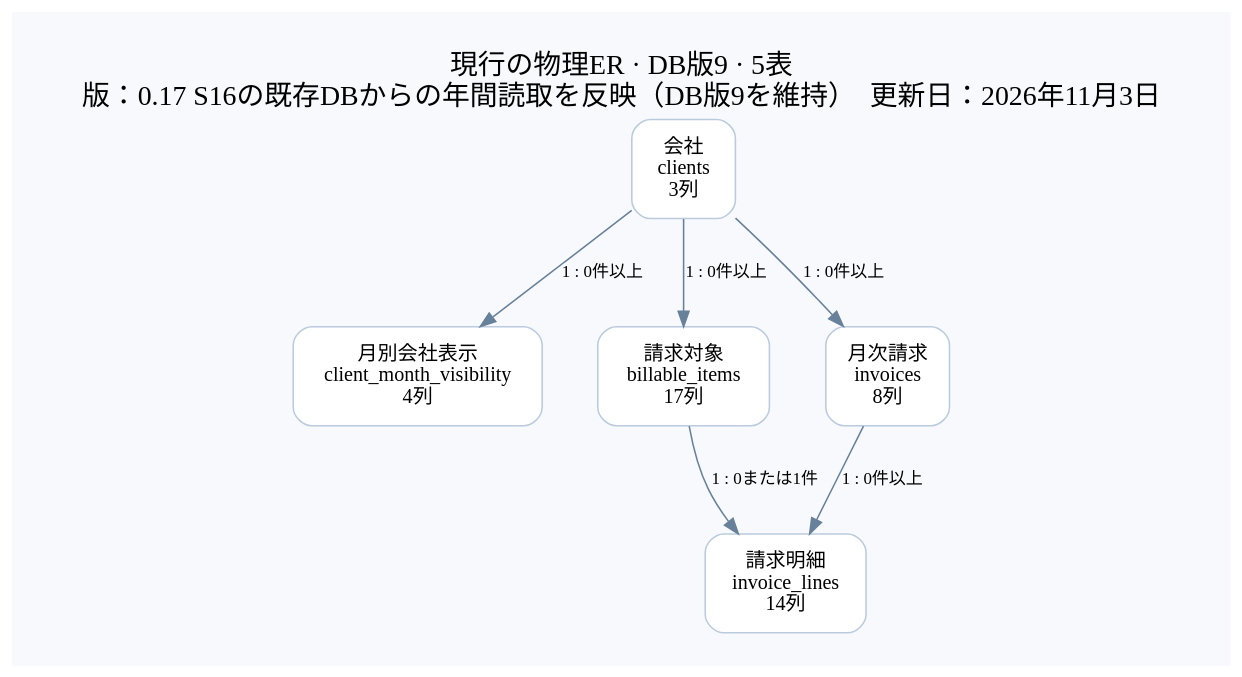
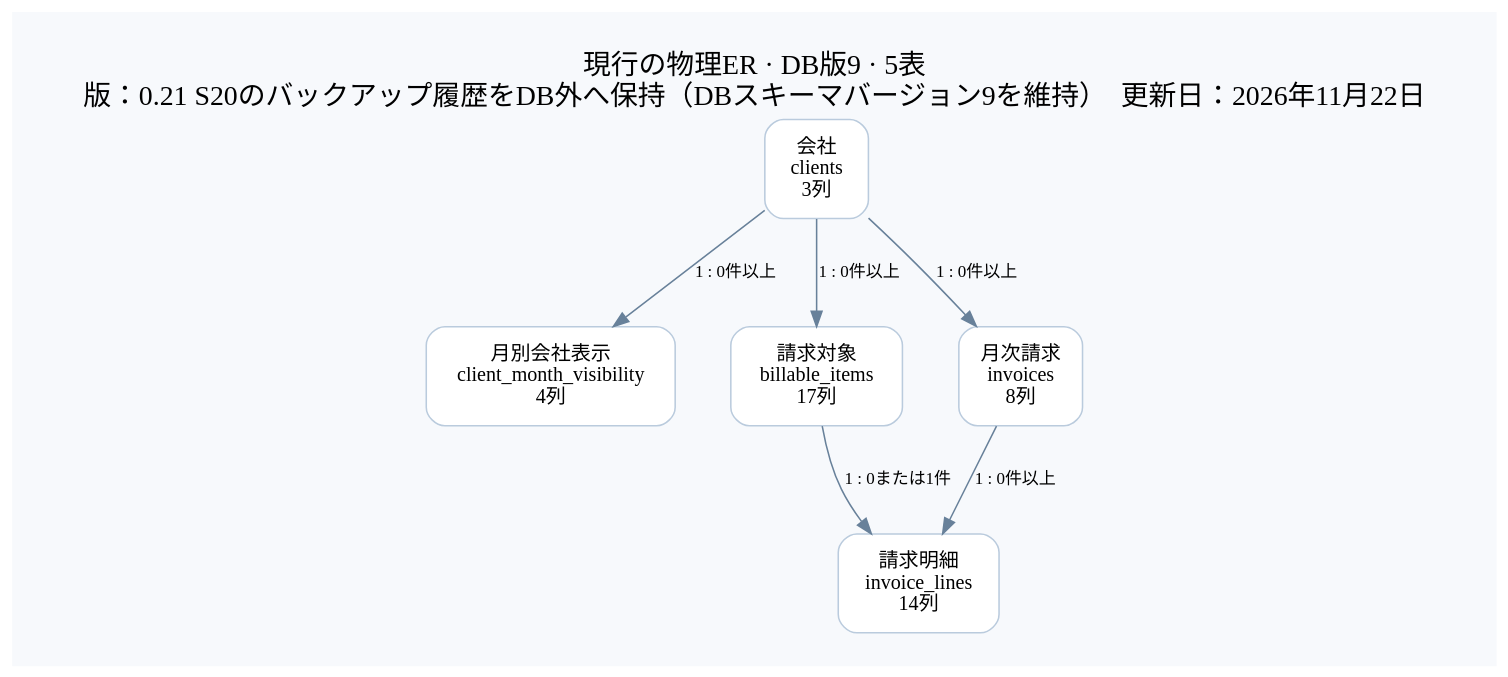
The diagram in docs/diagrams/er-overview.dot (Takashi-Fujie/Invoice_management_tool), drawn with Graphviz before and after one commit. The commit also changed 43 other files, not shown here.

```diff
--- a/docs/diagrams/er-overview.dot
+++ b/docs/diagrams/er-overview.dot
@@ -1,16 +1,16 @@
 // 生成元: docs/ER図とデータ設計.md。再生成: python3 docs/diagrams/build-er-viewer.py
 digraph ER {
-graph [rankdir=TB,bgcolor="#f7f9fc",pad="0.3",nodesep="0.5",ranksep="0.8",fontname="Hiragino Sans",fontsize=18,label="現行の物理ER · DB版9 · 5表\n版：0.17 S16の既存DBからの年間読取を反映（DB版9を維持）　更新日：2026年11月3日",labelloc=t];
+graph [rankdir=TB,bgcolor="#f7f9fc",pad="0.3",nodesep="0.5",ranksep="0.8",fontname="Hiragino Sans",fontsize=18,label="現行の物理ER · DB版9 · 5表\n版：0.21 S20のバックアップ履歴をDB外へ保持（DBスキーマバージョン9を維持）　更新日：2026年11月22日",labelloc=t];
 node [shape=box,style="rounded,filled",fontname="Hiragino Sans",fontsize=13,margin="0.2,0.15",color="#bacbdd",fillcolor=white];
 edge [fontname="Hiragino Sans",fontsize=11,color="#68819a"];
 client_month_visibility [label="月別会社表示\nclient_month_visibility\n4列"];
 clients [label="会社\nclients\n3列"];
 billable_items [label="請求対象\nbillable_items\n17列"];
 invoices [label="月次請求\ninvoices\n8列"];
 invoice_lines [label="請求明細\ninvoice_lines\n14列"];
 clients -> billable_items [label="1 : 0件以上"];
 clients -> invoices [label="1 : 0件以上"];
 clients -> client_month_visibility [label="1 : 0件以上"];
 invoices -> invoice_lines [label="1 : 0件以上"];
 billable_items -> invoice_lines [label="1 : 0または1件"];
 }
```
